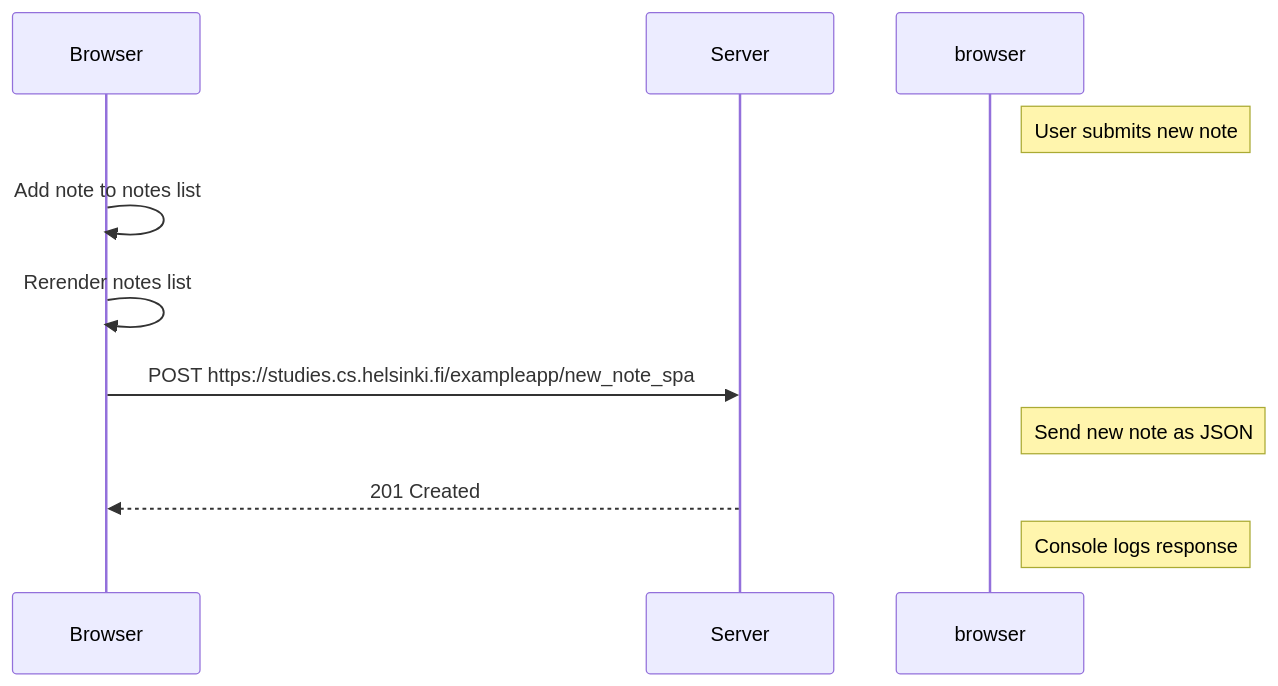
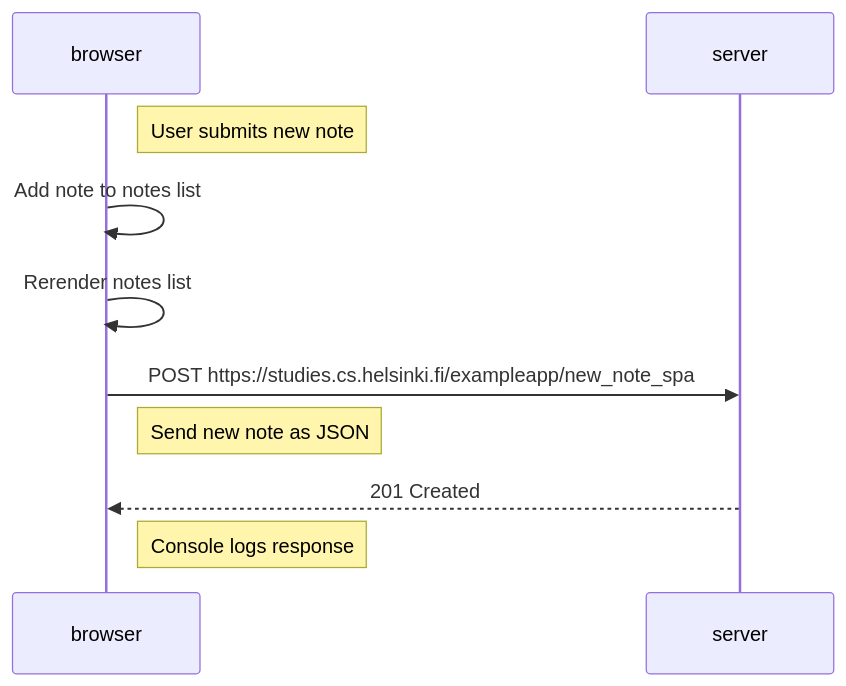
Before and after one commit to karnaker/fullstackopen-exercises: the diagram in part0/0.6-new-note-spa-diagram.md, drawn with Mermaid. The commit also changed 1 other file, not shown here.

Commit message:
Solve 0.5-0.6: Fix participant labels

````diff
--- a/part0/0.6-new-note-spa-diagram.md
+++ b/part0/0.6-new-note-spa-diagram.md
@@ -1,13 +1,13 @@
 ```mermaid
 sequenceDiagram
-    participant Browser
-    participant Server
+    participant browser
+    participant server
 
     Note right of browser: User submits new note
-    Browser->>Browser: Add note to notes list
-    Browser->>Browser: Rerender notes list
-    Browser->>Server: POST https://studies.cs.helsinki.fi/exampleapp/new_note_spa
+    browser->>browser: Add note to notes list
+    browser->>browser: Rerender notes list
+    browser->>server: POST https://studies.cs.helsinki.fi/exampleapp/new_note_spa
     Note right of browser: Send new note as JSON
-    Server-->>Browser: 201 Created
+    server-->>browser: 201 Created
     Note right of browser: Console logs response
 ```
````
